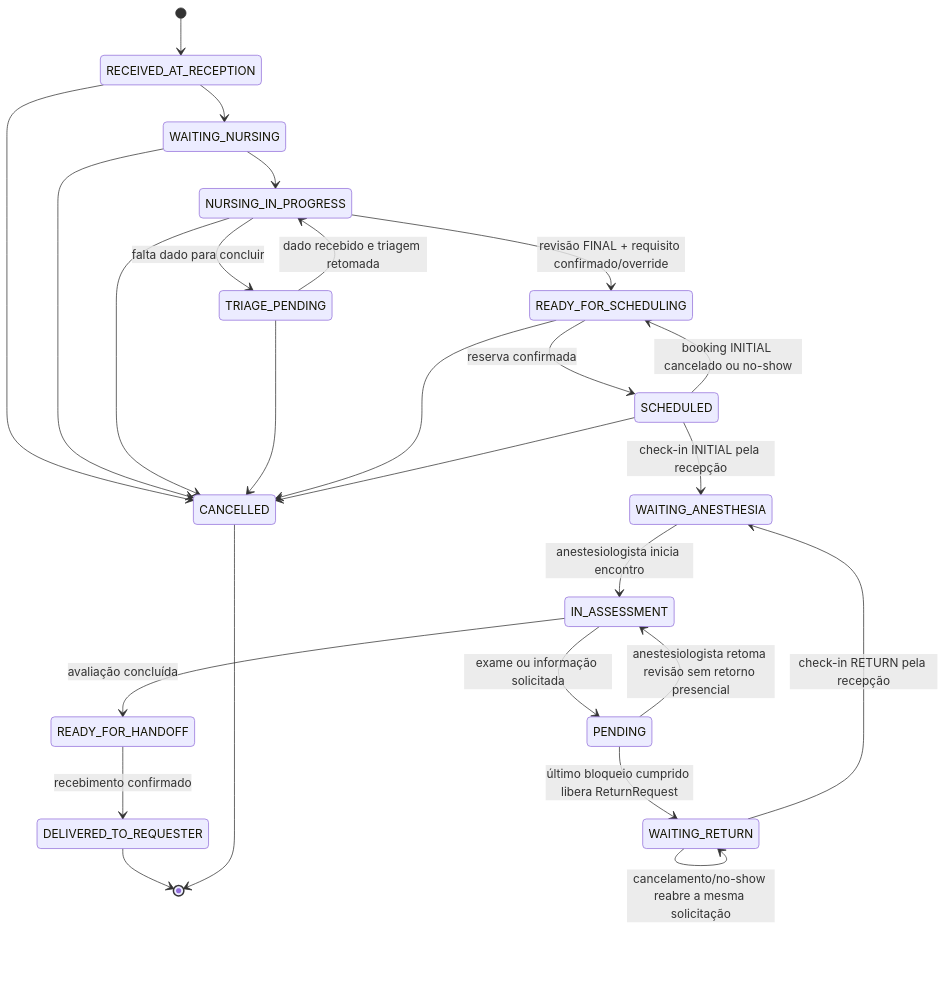
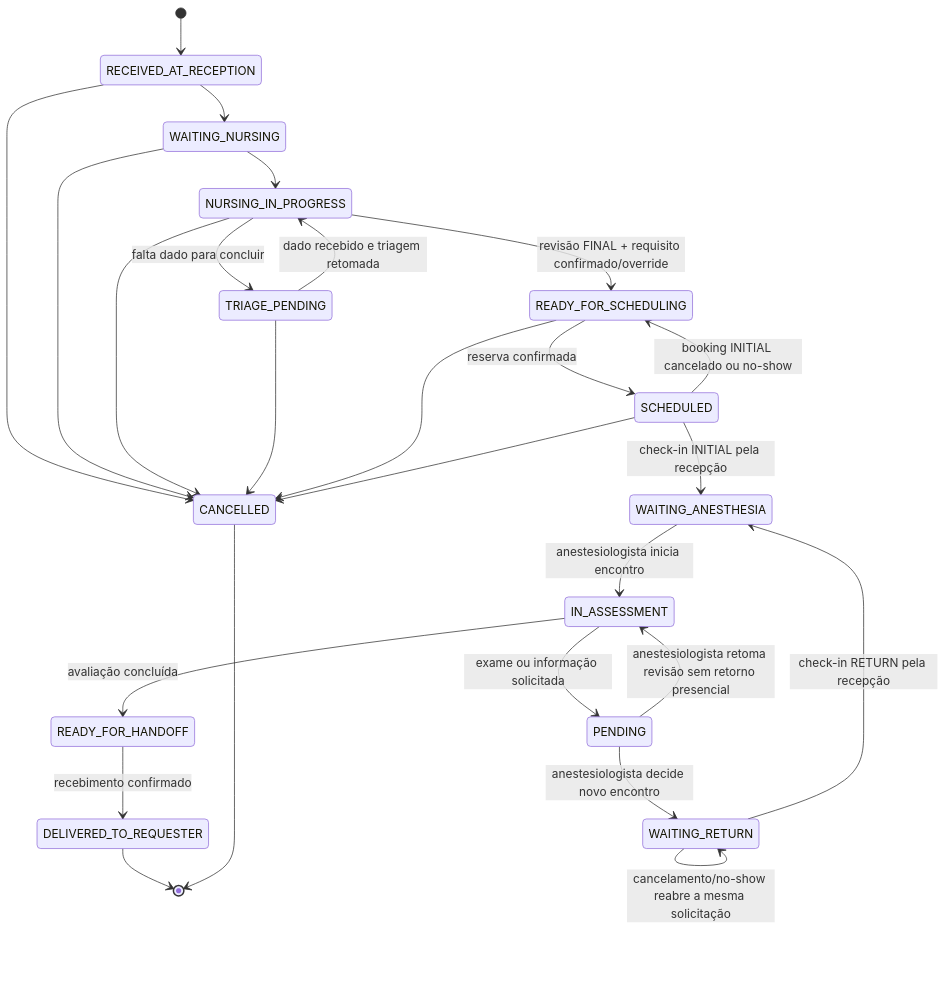
Before and after one commit to nmarcofernandess/antessala: the third of 3 diagrams in hack/domains/ANALYST-superficies-e-configuracoes.md, drawn with Mermaid. The commit also changed other lines of this file and 8 other files, not shown here.

````diff
--- a/hack/domains/ANALYST-superficies-e-configuracoes.md
+++ b/hack/domains/ANALYST-superficies-e-configuracoes.md
@@ -226,29 +226,29 @@
 ```mermaid
 stateDiagram-v2
   [*] --> RECEIVED_AT_RECEPTION
   RECEIVED_AT_RECEPTION --> WAITING_NURSING
   WAITING_NURSING --> NURSING_IN_PROGRESS
   NURSING_IN_PROGRESS --> TRIAGE_PENDING: falta dado para concluir
   TRIAGE_PENDING --> NURSING_IN_PROGRESS: dado recebido e triagem retomada
   NURSING_IN_PROGRESS --> READY_FOR_SCHEDULING: revisão FINAL + requisito confirmado/override
   READY_FOR_SCHEDULING --> SCHEDULED: reserva confirmada
   SCHEDULED --> READY_FOR_SCHEDULING: booking INITIAL cancelado ou no-show
   SCHEDULED --> WAITING_ANESTHESIA: check-in INITIAL pela recepção
   WAITING_ANESTHESIA --> IN_ASSESSMENT: anestesiologista inicia encontro
   IN_ASSESSMENT --> PENDING: exame ou informação solicitada
   PENDING --> IN_ASSESSMENT: anestesiologista retoma revisão sem retorno presencial
-  PENDING --> WAITING_RETURN: último bloqueio cumprido libera ReturnRequest
+  PENDING --> WAITING_RETURN: anestesiologista decide novo encontro
   WAITING_RETURN --> WAITING_RETURN: recepção confirma booking RETURN
   WAITING_RETURN --> WAITING_RETURN: cancelamento/no-show reabre a mesma solicitação
   WAITING_RETURN --> WAITING_ANESTHESIA: check-in RETURN pela recepção
   IN_ASSESSMENT --> READY_FOR_HANDOFF: avaliação concluída
   READY_FOR_HANDOFF --> DELIVERED_TO_REQUESTER: recebimento confirmado
   RECEIVED_AT_RECEPTION --> CANCELLED
   WAITING_NURSING --> CANCELLED
   NURSING_IN_PROGRESS --> CANCELLED
   TRIAGE_PENDING --> CANCELLED
   READY_FOR_SCHEDULING --> CANCELLED
   SCHEDULED --> CANCELLED
   DELIVERED_TO_REQUESTER --> [*]
   CANCELLED --> [*]
 ```
````
